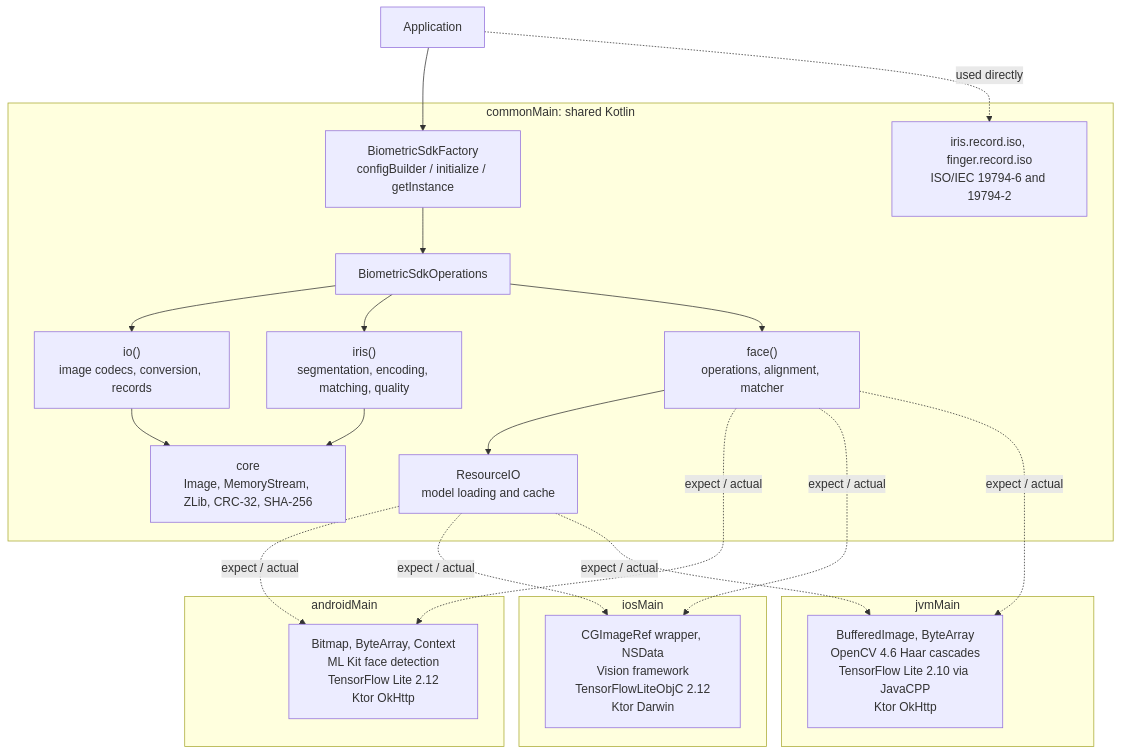
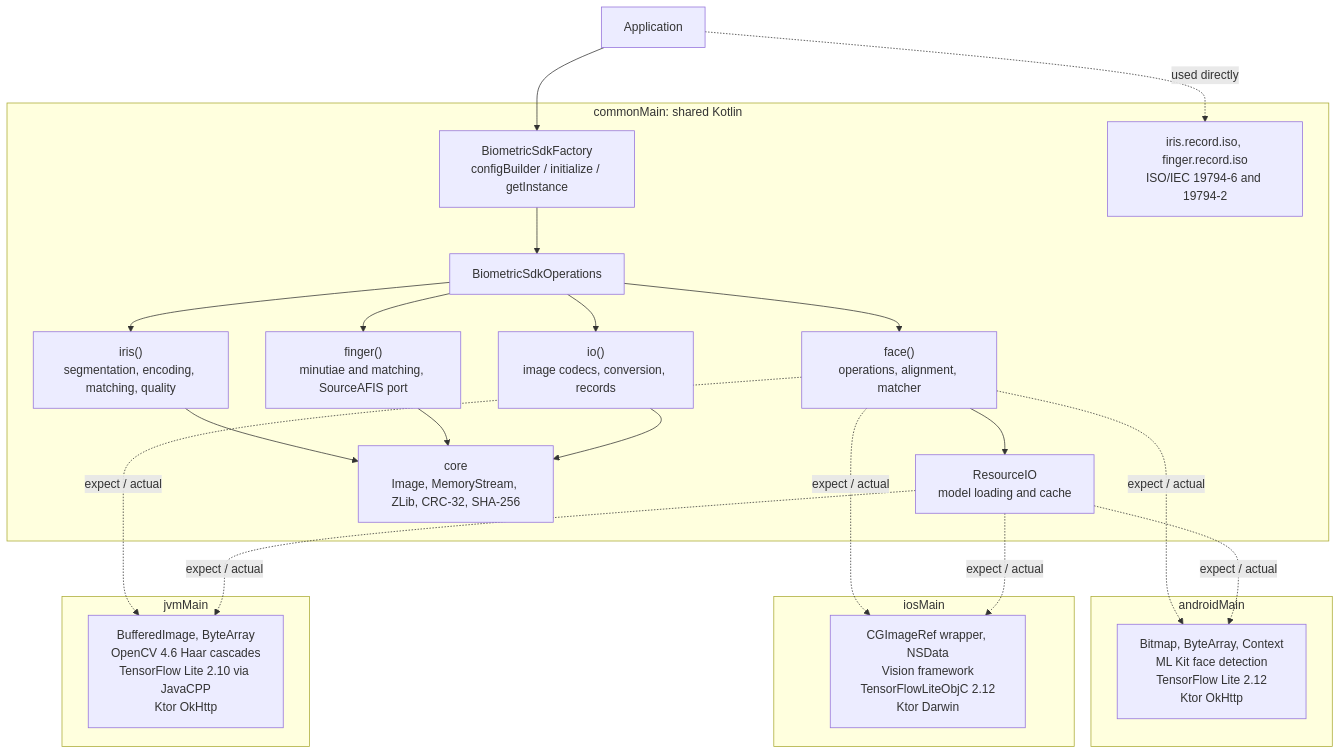
Before and after one commit to biometric-technologies/biometric-sdk: the first of 3 diagrams in readme.md, drawn with Mermaid. The commit also changed other lines of this file and 18 other files, not shown here.

First line of the commit message:
Fingerprint: minutiae extraction and matching, a Kotlin port of SourceAFIS

````diff
--- a/readme.md
+++ b/readme.md
@@ -180,37 +185,40 @@
 ```mermaid
 flowchart TD
     APP["Application"]
     subgraph common["commonMain: shared Kotlin"]
         FACTORY["BiometricSdkFactory<br/>configBuilder / initialize / getInstance"]
         OPS["BiometricSdkOperations"]
         IO["io()<br/>image codecs, conversion, records"]
         IRIS["iris()<br/>segmentation, encoding, matching, quality"]
         FACE["face()<br/>operations, alignment, matcher"]
+        FINGER["finger()<br/>minutiae and matching, SourceAFIS port"]
         RES["ResourceIO<br/>model loading and cache"]
         CORE["core<br/>Image, MemoryStream, ZLib, CRC-32, SHA-256"]
         ISO["iris.record.iso, finger.record.iso<br/>ISO/IEC 19794-6 and 19794-2"]
     end
     subgraph android["androidMain"]
         ANDR["Bitmap, ByteArray, Context<br/>ML Kit face detection<br/>TensorFlow Lite 2.12<br/>Ktor OkHttp"]
     end
     subgraph ios["iosMain"]
         IOSN["CGImageRef wrapper, NSData<br/>Vision framework<br/>TensorFlowLiteObjC 2.12<br/>Ktor Darwin"]
     end
     subgraph jvm["jvmMain"]
         JVMN["BufferedImage, ByteArray<br/>OpenCV 4.6 Haar cascades<br/>TensorFlow Lite 2.10 via JavaCPP<br/>Ktor OkHttp"]
     end
     APP --> FACTORY --> OPS
     OPS --> IO
     OPS --> IRIS
     OPS --> FACE
+    OPS --> FINGER
     IRIS --> CORE
+    FINGER --> CORE
     IO --> CORE
     APP -.->|"used directly"| ISO
     FACE --> RES
     FACE -.->|"expect / actual"| ANDR
     FACE -.->|"expect / actual"| IOSN
     FACE -.->|"expect / actual"| JVMN
     RES -.->|"expect / actual"| ANDR
     RES -.->|"expect / actual"| IOSN
     RES -.->|"expect / actual"| JVMN
 ```
````
